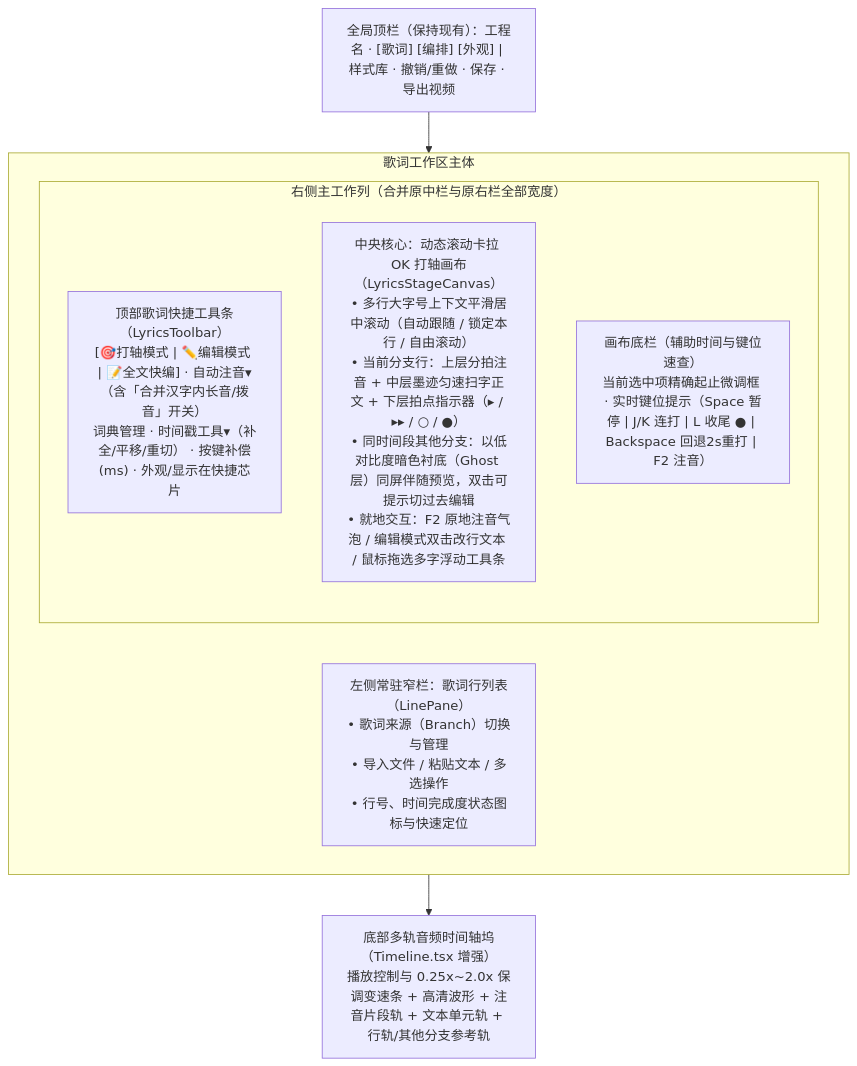
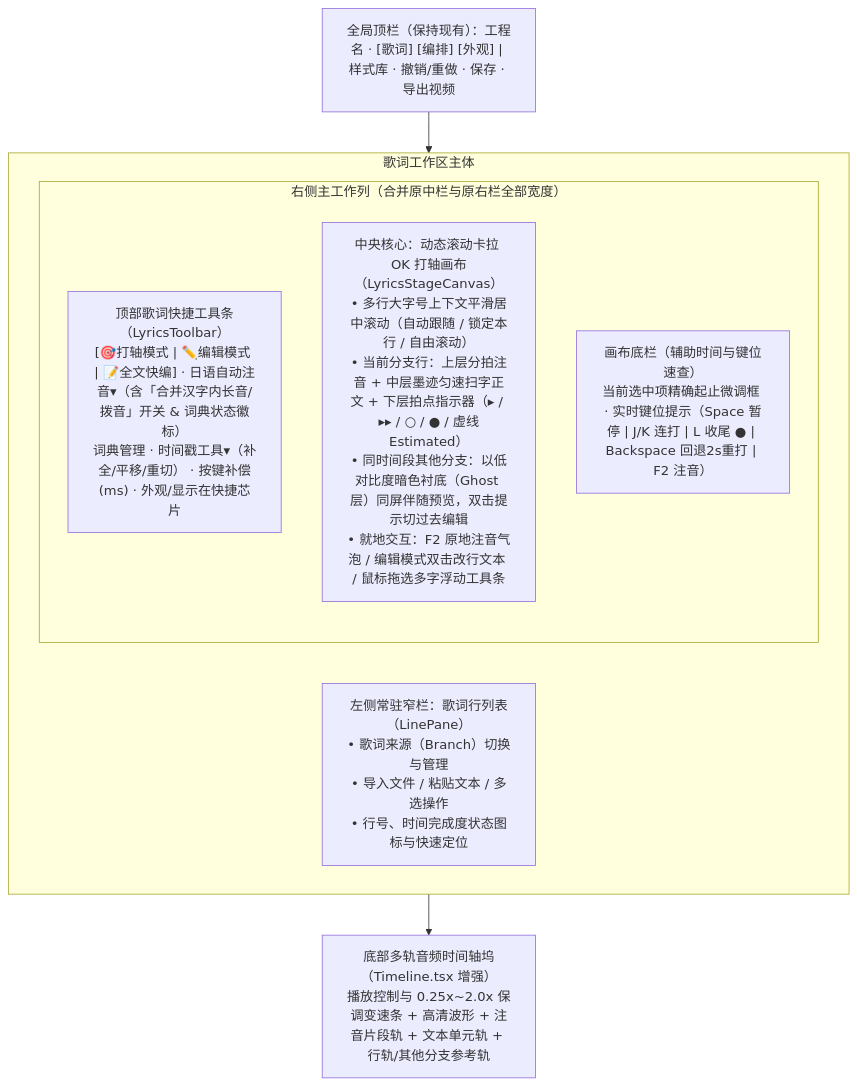
The diagram in docs/plan/lyrics-page-refactor.md (Zydr114/MakoKaraGenerator-App), drawn with Mermaid before and after one commit. The commit also changed other lines of this file, not shown here.

````diff
--- a/docs/plan/lyrics-page-refactor.md
+++ b/docs/plan/lyrics-page-refactor.md
@@ -84,22 +203,22 @@
 ```mermaid
 flowchart TD
     AppBar["全局顶栏（保持现有）：工程名 · [歌词] [编排] [外观] | 样式库 · 撤销/重做 · 保存 · 导出视频"]
     
     subgraph LyricsWorkspace["歌词工作区主体"]
         direction LR
         LeftPane["左侧常驻窄栏：歌词行列表（LinePane）\n• 歌词来源（Branch）切换与管理\n• 导入文件 / 粘贴文本 / 多选操作\n• 行号、时间完成度状态图标与快速定位"]
         
         subgraph MainColumn["右侧主工作列（合并原中栏与原右栏全部宽度）"]
             direction TB
-            Toolbar["顶部歌词快捷工具条（LyricsToolbar）\n[🎯打轴模式 | ✏️编辑模式 | 📝全文快编] · 自动注音▾（含「合并汉字内长音/拨音」开关）\n词典管理 · 时间戳工具▾（补全/平移/重切） · 按键补偿(ms) · 外观/显示在快捷芯片"]
+            Toolbar["顶部歌词快捷工具条（LyricsToolbar）\n[🎯打轴模式 | ✏️编辑模式 | 📝全文快编] · 日语自动注音▾（含「合并汉字内长音/拨音」开关 & 词典状态徽标）\n词典管理 · 时间戳工具▾（补全/平移/重切） · 按键补偿(ms) · 外观/显示在快捷芯片"]
             
-            StageCanvas["中央核心：动态滚动卡拉 OK 打轴画布（LyricsStageCanvas）\n• 多行大字号上下文平滑居中滚动（自动跟随 / 锁定本行 / 自由滚动）\n• 当前分支行：上层分拍注音 + 中层墨迹匀速扫字正文 + 下层拍点指示器（▸ / ▸▸ / ○ / ●）\n• 同时间段其他分支：以低对比度暗色衬底（Ghost 层）同屏伴随预览，双击可提示切过去编辑\n• 就地交互：F2 原地注音气泡 / 编辑模式双击改行文本 / 鼠标拖选多字浮动工具条"]
+            StageCanvas["中央核心：动态滚动卡拉 OK 打轴画布（LyricsStageCanvas）\n• 多行大字号上下文平滑居中滚动（自动跟随 / 锁定本行 / 自由滚动）\n• 当前分支行：上层分拍注音 + 中层墨迹匀速扫字正文 + 下层拍点指示器（▸ / ▸▸ / ○ / ● / 虚线Estimated）\n• 同时间段其他分支：以低对比度暗色衬底（Ghost 层）同屏伴随预览，双击提示切过去编辑\n• 就地交互：F2 原地注音气泡 / 编辑模式双击改行文本 / 鼠标拖选多字浮动工具条"]
             
             StatusHint["画布底栏（辅助时间与键位速查）\n当前选中项精确起止微调框 · 实时键位提示（Space 暂停 | J/K 连打 | L 收尾 ● | Backspace 回退2s重打 | F2 注音）"]
         end
     end
 
     BottomTimeline["底部多轨音频时间轴坞（Timeline.tsx 增强）\n播放控制与 0.25x~2.0x 保调变速条 + 高清波形 + 注音片段轨 + 文本单元轨 + 行轨/其他分支参考轨"]
 
     AppBar --> LyricsWorkspace --> BottomTimeline
 ```
````
